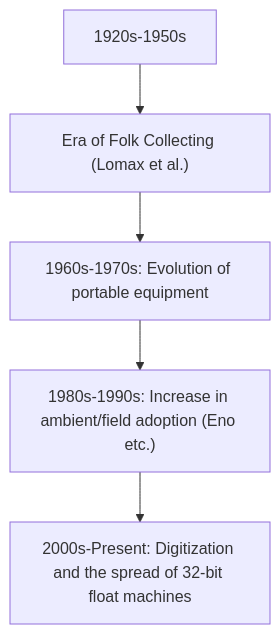
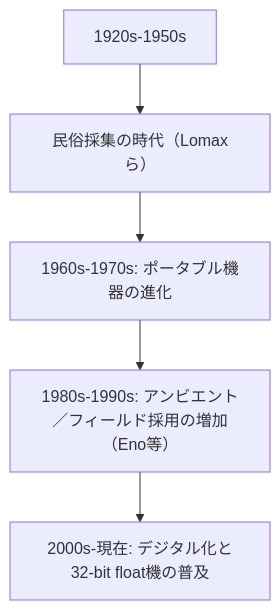
The diagram in en/_posts/2025-09-30-Column-Field-Recording.md (monumental-movement/monumental-movement.github.io), drawn with Mermaid before and after one commit. The commit also changed other lines of this file and 1724 other files, not shown here.

```diff
--- a/en/_posts/2025-09-30-Column-Field-Recording.md
+++ b/en/_posts/2025-09-30-Column-Field-Recording.md
@@ -42,7 +40,7 @@
 <div class="mermaid">
 flowchart TD
-A["1920s-1950s"] --> B["Era of Folk Collecting (Lomax et al.)"]
-B --> C["1960s-1970s: Evolution of portable equipment"]
-C --> D["1980s-1990s: Increase in ambient/field adoption (Eno etc.)"]
-D --> E["2000s-Present: Digitization and the spread of 32-bit float machines"]
+  A["1920s-1950s"] --> B["民俗採集の時代（Lomaxら）"]
+  B --> C["1960s-1970s: ポータブル機器の進化"]
+  C --> D["1980s-1990s: アンビエント／フィールド採用の増加（Eno等）"]
+  D --> E["2000s-現在: デジタル化と32-bit float機の普及"]
 </div>
```
